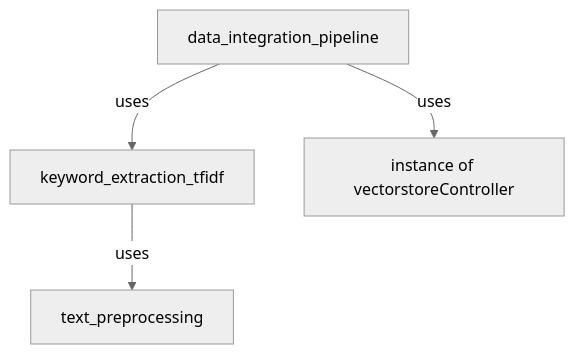
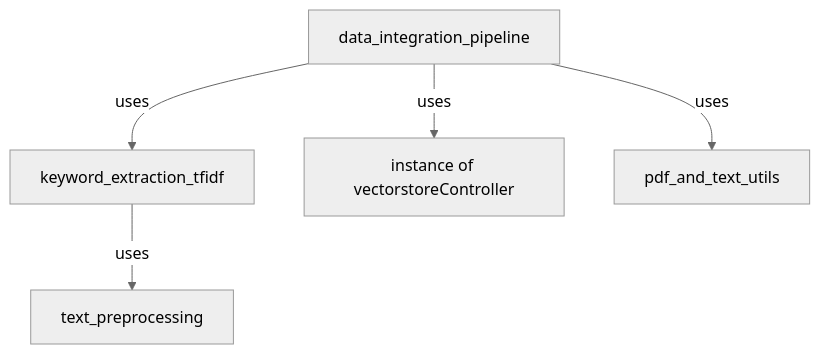
One commit to EliasMessner/StudyCompanion changed the diagram in README.md. Above: the diagram before and after it, drawn with Mermaid (neutral theme). The commit also changed 8 other files, not shown here.

````diff
--- a/README.md
+++ b/README.md
@@ -79,6 +79,7 @@
 ```mermaid
 graph TD
   data_integration_pipeline -- uses --> keyword_extraction_tfidf;
   keyword_extraction_tfidf -- uses --> text_preprocessing;
   data_integration_pipeline -- uses --> vectorstore_controller[instance of vectorstoreController];
+  data_integration_pipeline -- uses --> pdf_and_text_utils;
 ```
````
